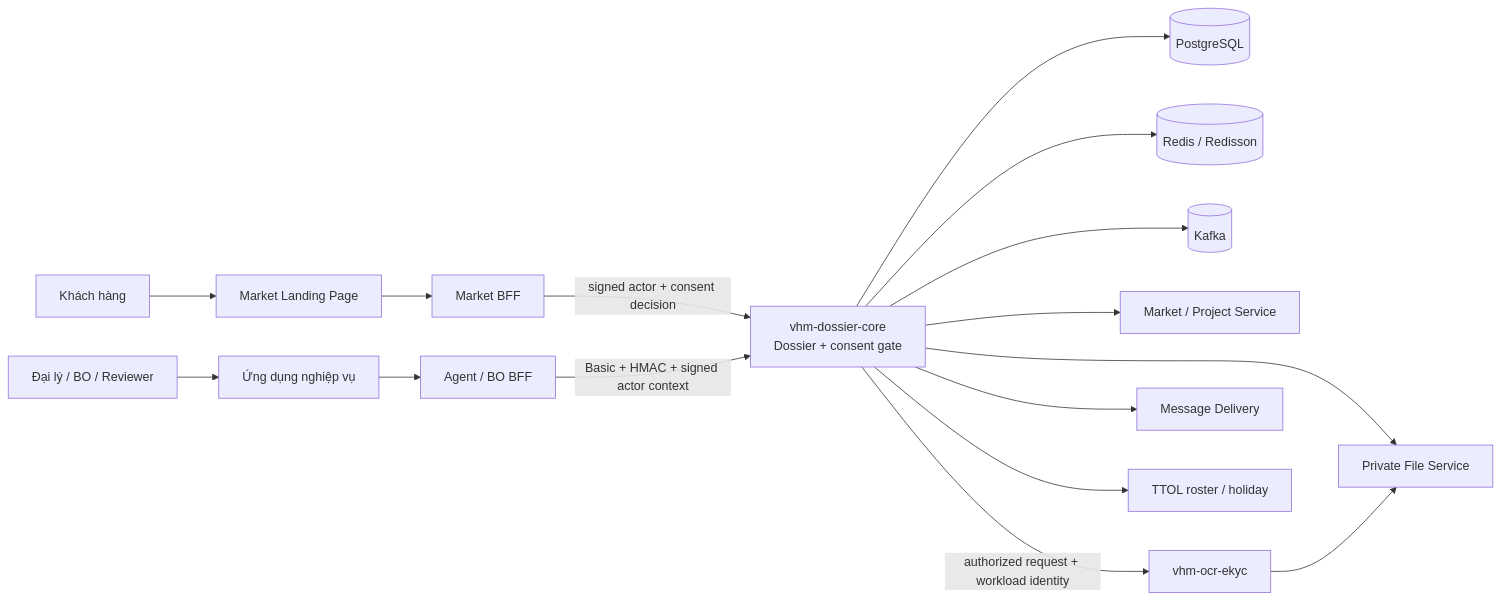
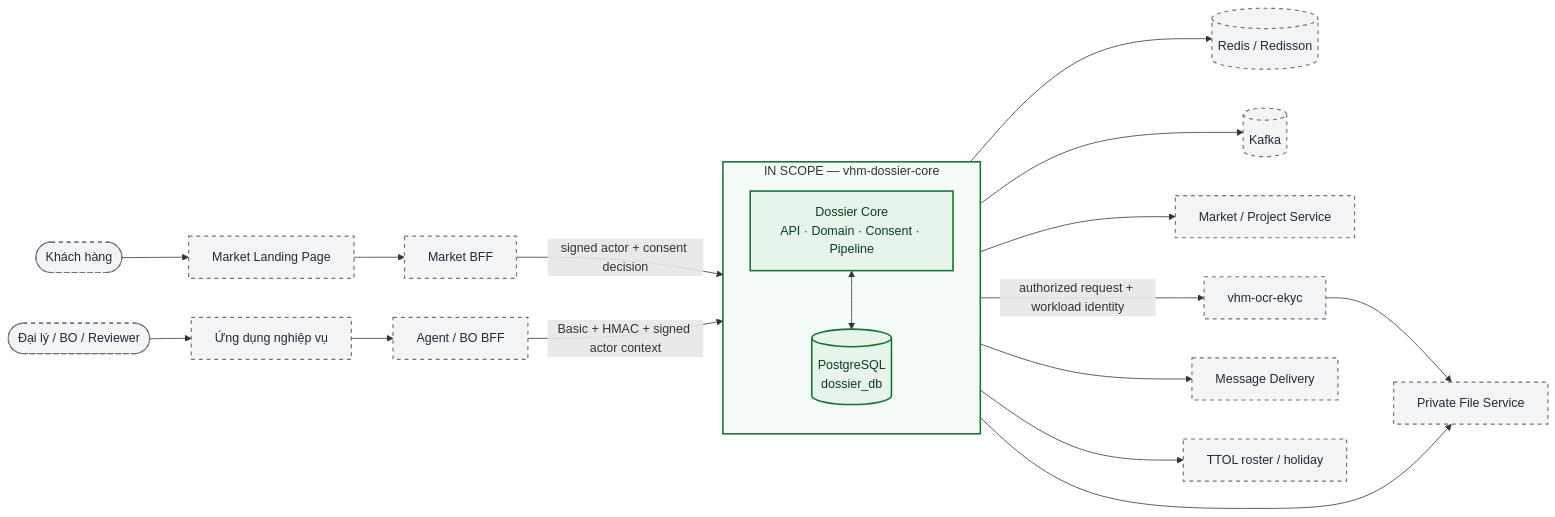
The first of 15 diagrams in tdd-dossier.md (huynv-xyz/vhm), drawn with Mermaid before and after one commit. The commit also changed other lines of this file, not shown here.

````diff
--- a/tdd-dossier.md
+++ b/tdd-dossier.md
@@ -189,18 +191,32 @@
 ```mermaid
 flowchart LR
-    Customer[Khách hàng] --> Landing[Market Landing Page]
+    classDef inScope fill:#E6F4EA,stroke:#137333,stroke-width:2px,color:#0D3B1E
+    classDef external fill:#F3F4F6,stroke:#6B7280,stroke-width:1.5px,stroke-dasharray:5 5,color:#1F2937
+
+    Customer([Khách hàng]) --> Landing[Market Landing Page]
     Landing --> MBFF[Market BFF]
-    Agent[Đại lý / BO / Reviewer] --> Channel[Ứng dụng nghiệp vụ]
+    Agent([Đại lý / BO / Reviewer]) --> Channel[Ứng dụng nghiệp vụ]
     Channel --> ABFF[Agent / BO BFF]
-    MBFF -->|signed actor + consent decision| Core[vhm-dossier-core<br/>Dossier + consent gate]
+
+    subgraph SCOPE[IN SCOPE — vhm-dossier-core]
+        direction TB
+        Core[Dossier Core<br/>API · Domain · Consent · Pipeline]
+        PG[(PostgreSQL<br/>dossier_db)]
+        Core <--> PG
+    end
+
+    MBFF -->|signed actor + consent decision| Core
     ABFF -->|Basic + HMAC + signed actor context| Core
-    Core --> PG[(PostgreSQL)]
     Core --> Redis[(Redis / Redisson)]
     Core --> Kafka[(Kafka)]
     Core --> File[Private File Service]
     Core --> Project[Market / Project Service]
     Core -->|authorized request + workload identity| OCR[vhm-ocr-ekyc]
     OCR --> File
     Core --> Msg[Message Delivery]
     Core --> TTOL[TTOL roster / holiday]
+
+    class Core,PG inScope
+    class Customer,Landing,MBFF,Agent,Channel,ABFF,Redis,Kafka,File,Project,OCR,Msg,TTOL external
+    style SCOPE fill:#F5FBF6,stroke:#137333,stroke-width:2px
 ```
````
